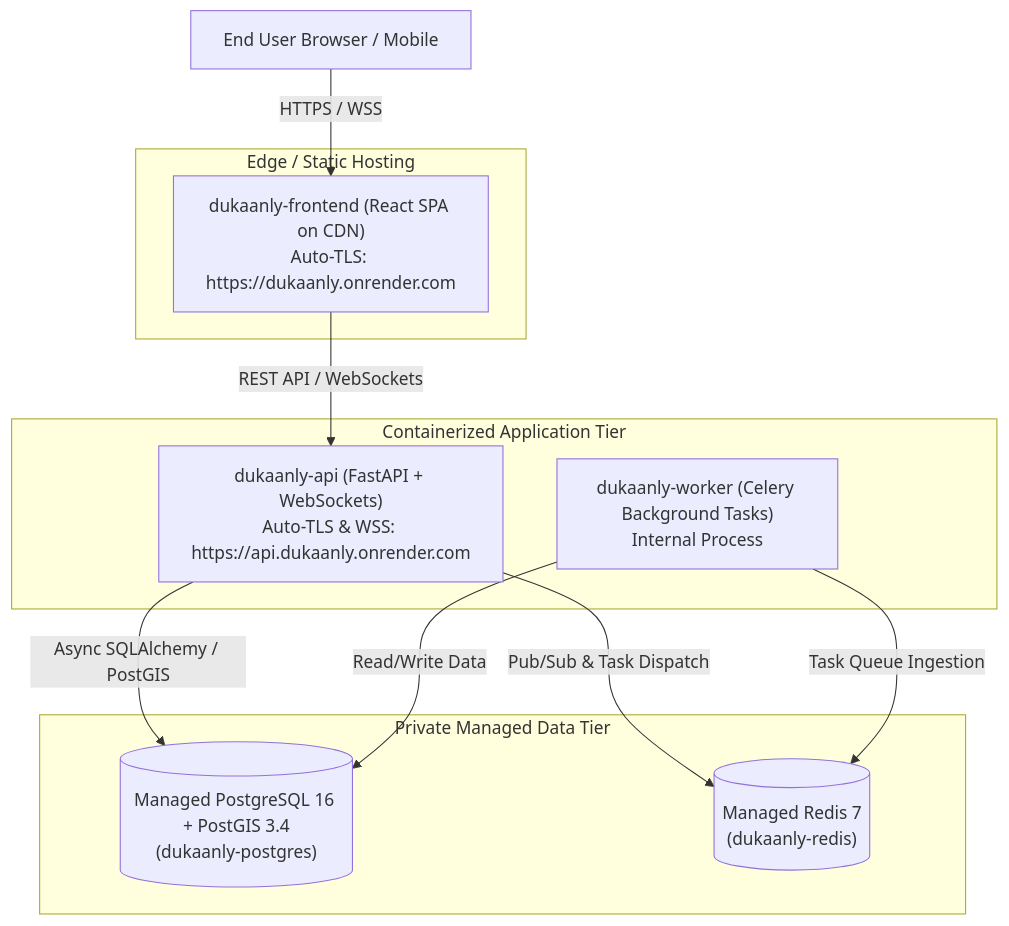
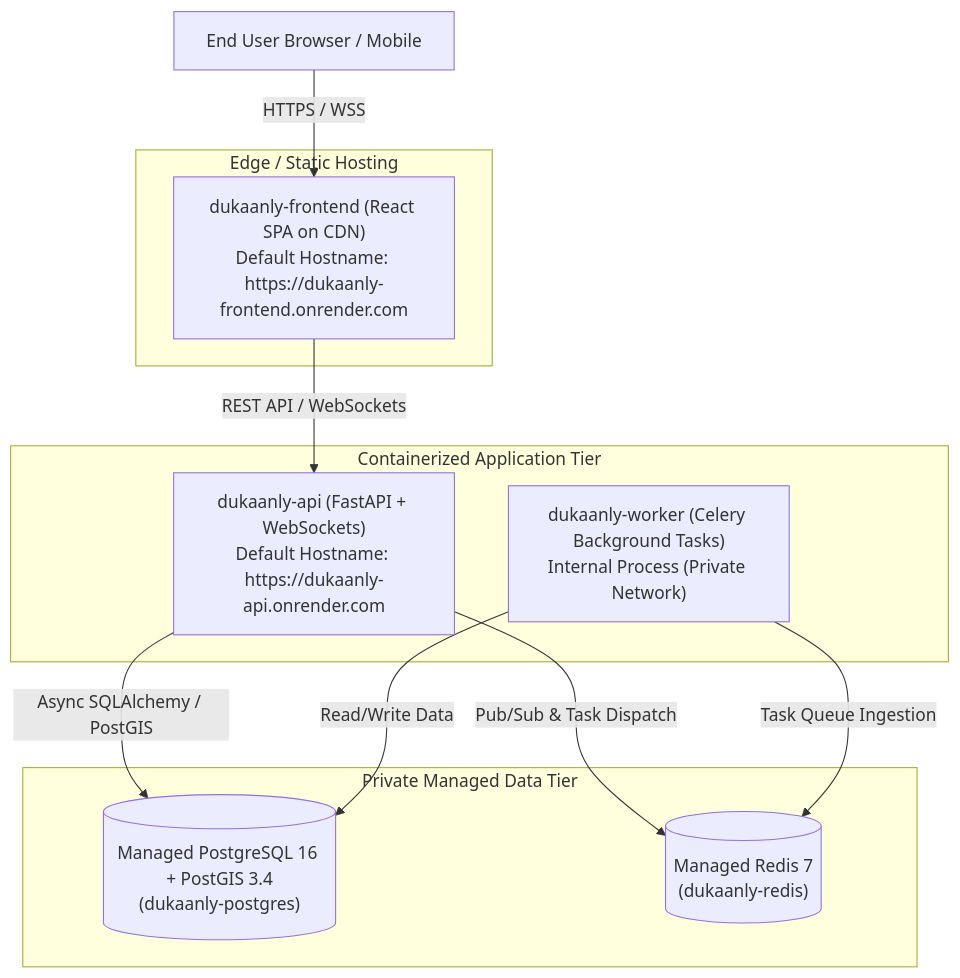
Before and after one commit to sagarraj0570/dukaanly: the diagram in docs/DEPLOYMENT_PLAN.md, drawn with Mermaid. The commit also changed other lines of this file and 6 other files, not shown here.

````diff
--- a/docs/DEPLOYMENT_PLAN.md
+++ b/docs/DEPLOYMENT_PLAN.md
@@ -7,25 +7,25 @@
 ```mermaid
 flowchart TD
     Client[End User Browser / Mobile]
 
     subgraph CDN[Edge / Static Hosting]
-        Frontend["dukaanly-frontend (React SPA on CDN)<br/>Auto-TLS: https://dukaanly.onrender.com"]
+        Frontend["dukaanly-frontend (React SPA on CDN)<br/>Default Hostname: https://dukaanly-frontend.onrender.com"]
     end
 
     subgraph Compute[Containerized Application Tier]
-        API["dukaanly-api (FastAPI + WebSockets)<br/>Auto-TLS & WSS: https://api.dukaanly.onrender.com"]
-        Worker["dukaanly-worker (Celery Background Tasks)<br/>Internal Process"]
+        API["dukaanly-api (FastAPI + WebSockets)<br/>Default Hostname: https://dukaanly-api.onrender.com"]
+        Worker["dukaanly-worker (Celery Background Tasks)<br/>Internal Process (Private Network)"]
     end
 
     subgraph DataTier[Private Managed Data Tier]
         DB[("Managed PostgreSQL 16 + PostGIS 3.4<br/>(dukaanly-postgres)")]
         Redis[("Managed Redis 7<br/>(dukaanly-redis)")]
     end
 
     Client -->|HTTPS / WSS| Frontend
     Frontend -->|REST API / WebSockets| API
     API -->|Async SQLAlchemy / PostGIS| DB
     API -->|Pub/Sub & Task Dispatch| Redis
     Worker -->|Read/Write Data| DB
     Worker -->|Task Queue Ingestion| Redis
 ```
````
